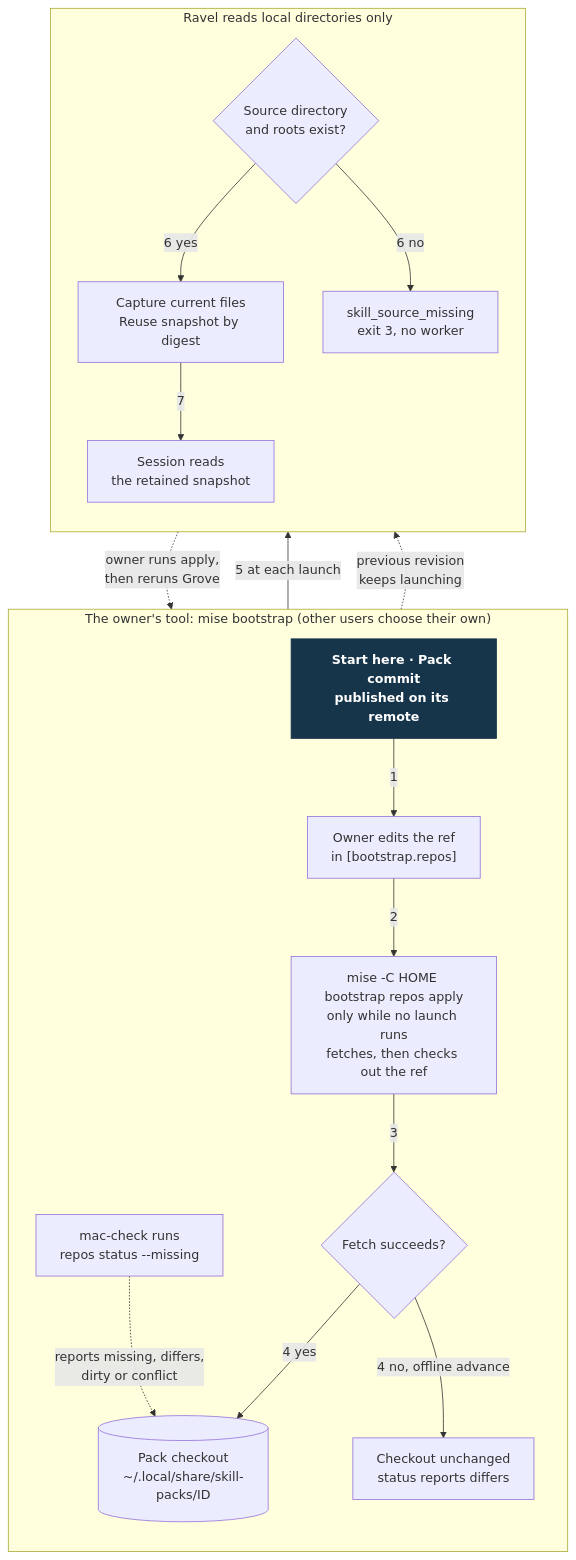
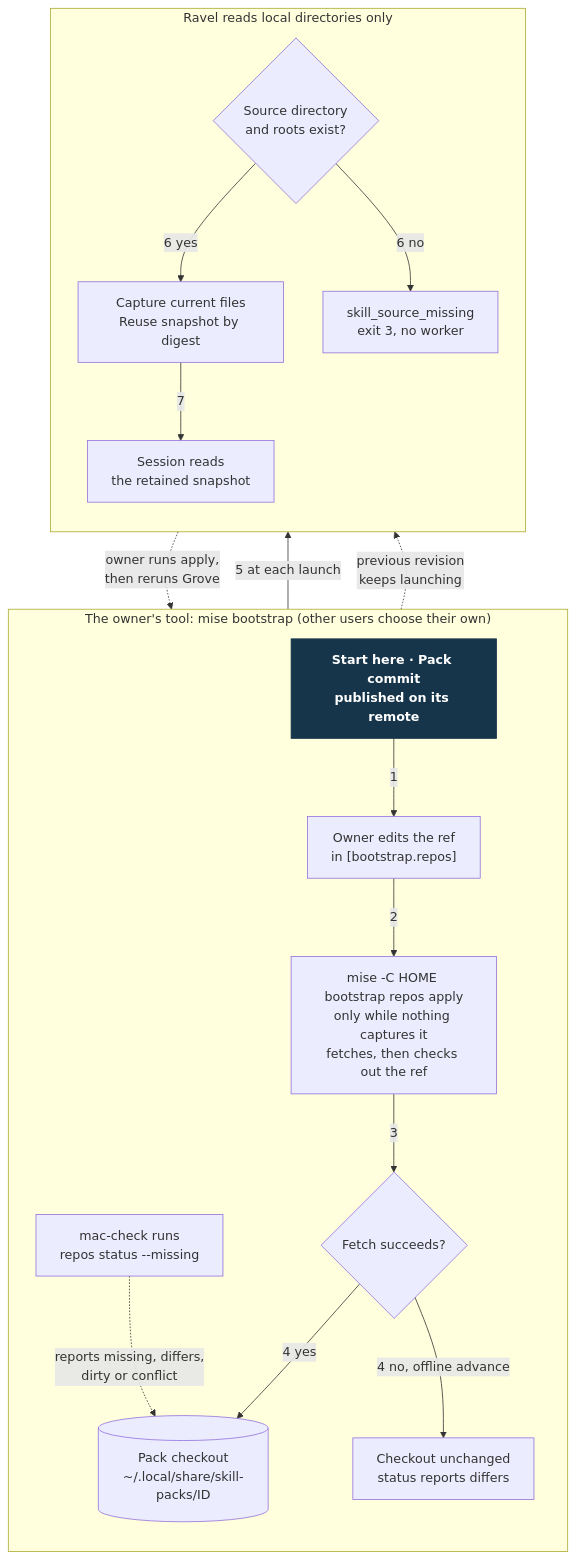
The diagram in docs/design/harness-selection-and-execution/owner-pack-checkouts.mmd (Linkuistics/grove), drawn with Mermaid before and after one commit. The commit also changed 15 other files, not shown here.

```diff
--- a/docs/design/harness-selection-and-execution/owner-pack-checkouts.mmd
+++ b/docs/design/harness-selection-and-execution/owner-pack-checkouts.mmd
@@ -1,32 +1,32 @@
 flowchart TB
     subgraph mise["The owner's tool: mise bootstrap (other users choose their own)"]
         direction TB
         A["Start here · Pack commit<br/>published on its remote"]
         B["Owner edits the ref<br/>in [bootstrap.repos]"]
-        C["mise -C HOME bootstrap repos apply<br/>only while no launch runs<br/>fetches, then checks out the ref"]
+        C["mise -C HOME bootstrap repos apply<br/>only while nothing captures it<br/>fetches, then checks out the ref"]
         E{"Fetch succeeds?"}
         D[("Pack checkout<br/>~/.local/share/skill-packs/ID")]
         F["Checkout unchanged<br/>status reports differs"]
         K["mac-check runs<br/>repos status --missing"]
         A -->|1| B
         B -->|2| C
         C -->|3| E
         E -->|"4 yes"| D
         E -->|"4 no, offline advance"| F
         K -.->|"reports missing, differs,<br/>dirty or conflict"| D
     end
     subgraph ravel["Ravel reads local directories only"]
         direction TB
         G{"Source directory<br/>and roots exist?"}
         H["Capture current files<br/>Reuse snapshot by digest"]
         I["skill_source_missing<br/>exit 3, no worker"]
         J["Session reads<br/>the retained snapshot"]
         G -->|"6 yes"| H
         G -->|"6 no"| I
         H -->|7| J
     end
     D -->|"5 at each launch"| G
     F -.->|"previous revision<br/>keeps launching"| G
     I -.->|"owner runs apply,<br/>then reruns Grove"| C
     classDef start fill:#16354a,color:#fff,stroke:#16354a,font-weight:bold
     class A start
```
